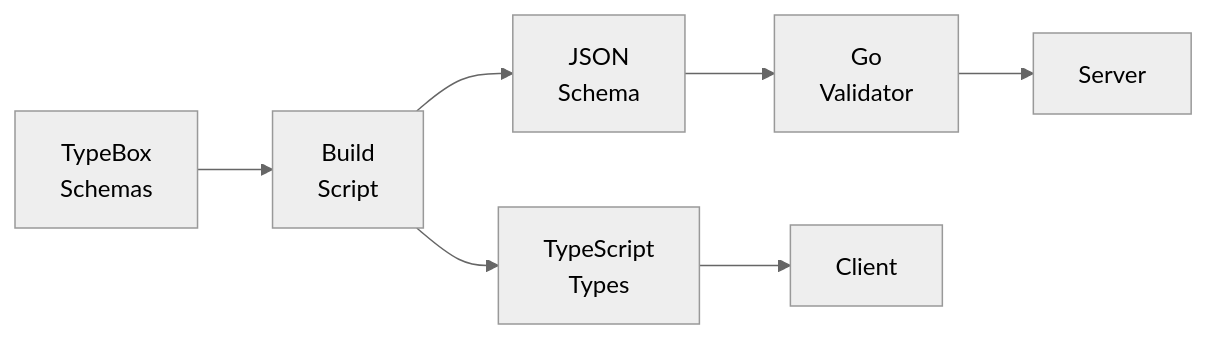
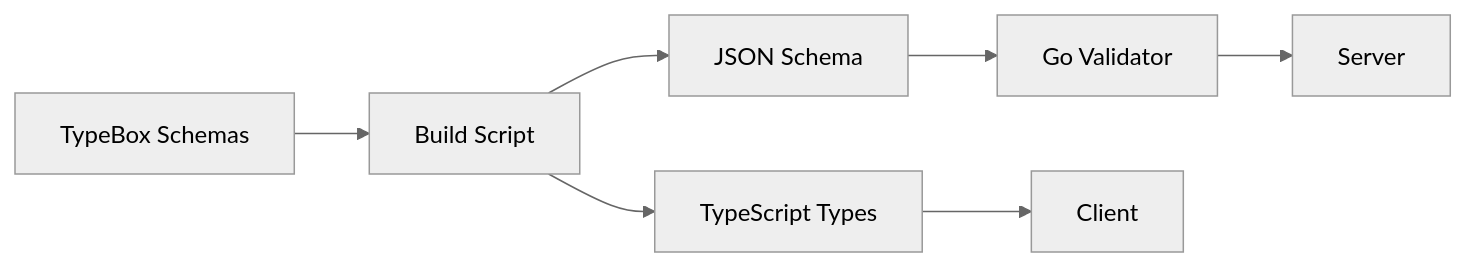
Before and after one commit to mtomcal/stick-rumble: the seventh of 11 diagrams in docs/ARCHITECTURE.md, drawn with Mermaid (neutral theme). The commit also changed other lines of this file and 2 other files, not shown here.

First line of the commit message:
docs: Fix Mermaid diagrams for GitHub rendering

````diff
--- a/docs/ARCHITECTURE.md
+++ b/docs/ARCHITECTURE.md
@@ -196,15 +196,15 @@
 ```mermaid
 flowchart LR
-    TS["TypeBox\nSchemas"]
-    Build["Build\nScript"]
-    JSON["JSON\nSchema"]
-    GoValid["Go\nValidator"]
-    TSType["TypeScript\nTypes"]
+    TS["TypeBox Schemas"]
+    Build["Build Script"]
+    JSON["JSON Schema"]
+    GoValid["Go Validator"]
+    TSType["TypeScript Types"]
 
     TS --> Build
     Build --> JSON
     Build --> TSType
     JSON --> GoValid
     TSType --> Client
     GoValid --> Server
 ```
````
